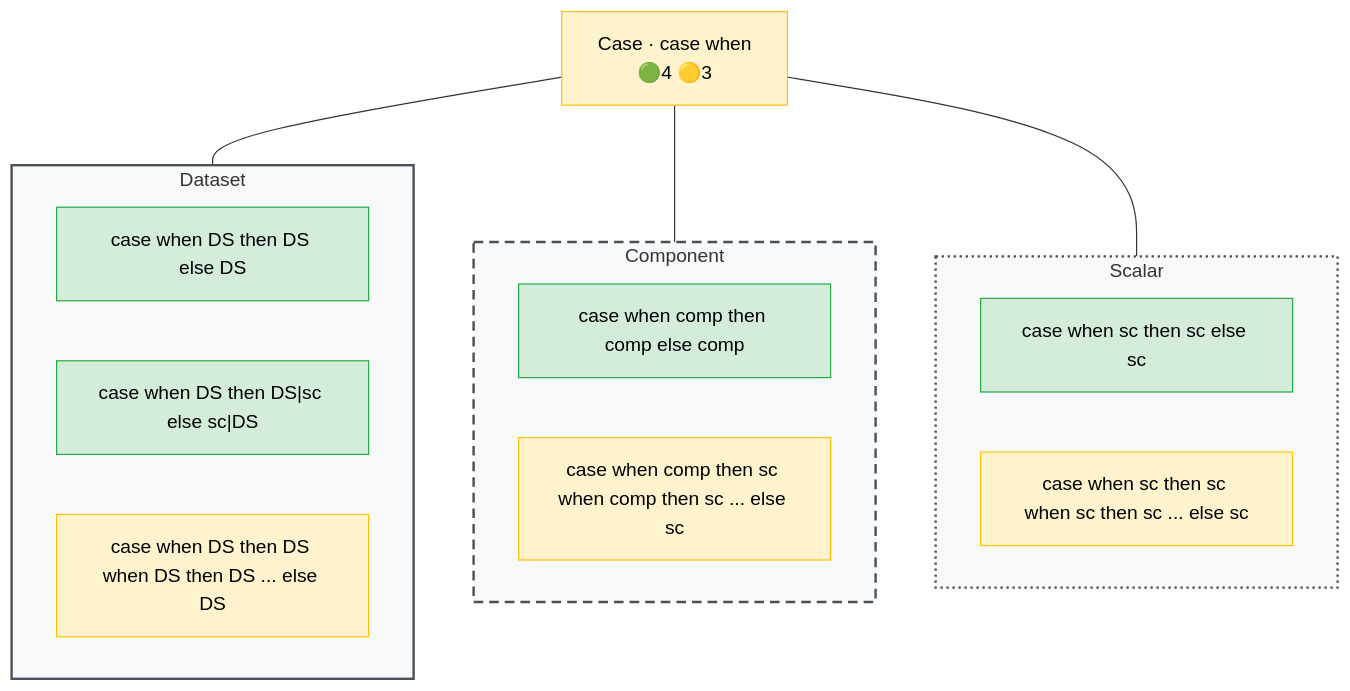
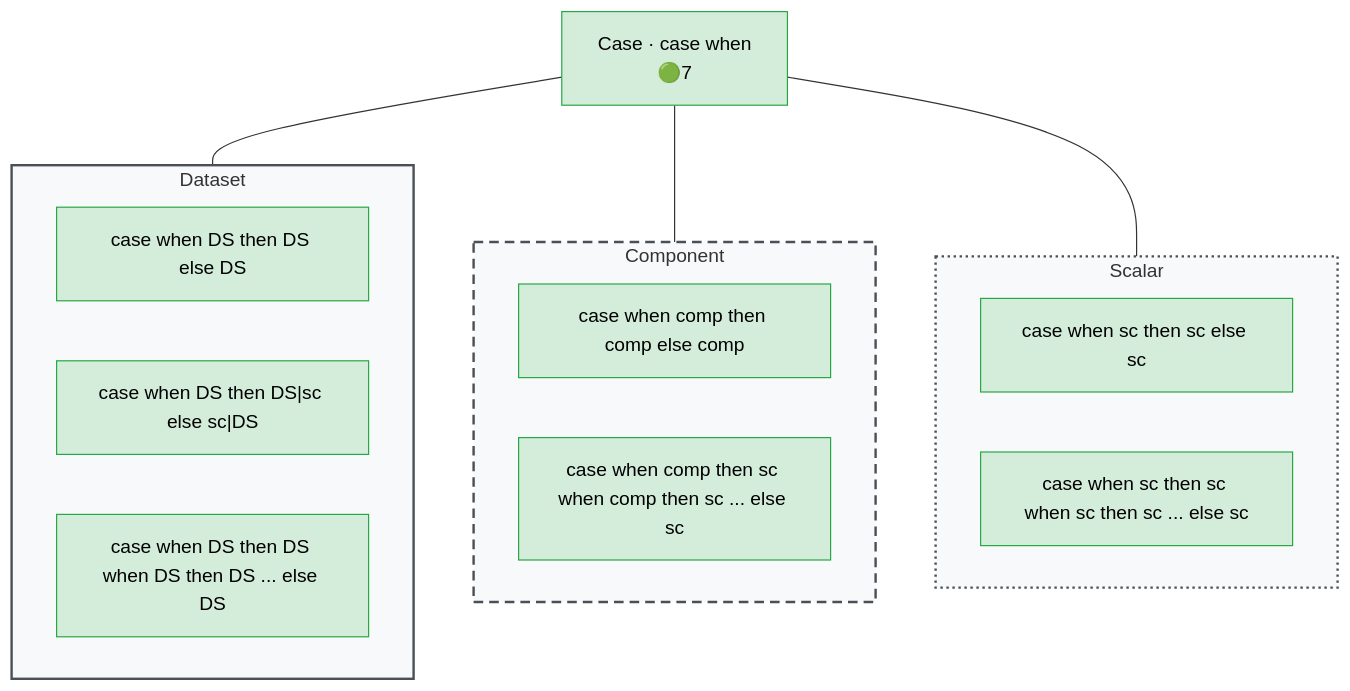
Before and after one commit to Meaningful-Data/vtlengine: the diagram in docs/operator_map/conditional/case.rst, drawn with Mermaid. The commit also changed other lines of this file and 175 other files, not shown here.

```diff
--- a/docs/operator_map/conditional/case.rst
+++ b/docs/operator_map/conditional/case.rst
@@ -28,41 +28,41 @@
 .. mermaid::
    :config: {"flowchart": {"useMaxWidth": false}}
 
    flowchart TB
        classDef ok fill:#d4edda,stroke:#28a745,color:#000
        classDef partial fill:#fff3cd,stroke:#ffc107,color:#000
        classDef refused fill:#d4edda,stroke:#28a745,stroke-width:3px,stroke-dasharray: 2 2,color:#000
        classDef missing fill:#f8d7da,stroke:#dc3545,color:#000
        classDef diverge fill:#cce5ff,stroke:#007bff,color:#000
        classDef block fill:#2b3a4a,stroke:#2b3a4a,color:#fff,font-weight:bold
        classDef ext fill:#fff,stroke:#666,color:#000,stroke-dasharray: 5 5
-       O["Case · case when<br/>🟢4 🟡3"]:::partial
+       O["Case · case when<br/>🟢7"]:::ok
        subgraph G_ds["Dataset"]
            direction LR
            v_ds["case when DS then DS else DS"]:::ok
            v_ds_scalar_branch["case when DS then DS#124;sc else sc#124;DS"]:::ok
-           v_ds_multi_when["case when DS then DS when DS then DS ... else DS"]:::partial
+           v_ds_multi_when["case when DS then DS when DS then DS ... else DS"]:::ok
        end
        subgraph G_comp["Component"]
            direction LR
            v_comp["case when comp then comp else comp"]:::ok
-           v_comp_multi_when["case when comp then sc when comp then sc ... else sc"]:::partial
+           v_comp_multi_when["case when comp then sc when comp then sc ... else sc"]:::ok
        end
        subgraph G_sc["Scalar"]
            direction LR
            v_sc["case when sc then sc else sc"]:::ok
-           v_sc_multi_when["case when sc then sc when sc then sc ... else sc"]:::partial
+           v_sc_multi_when["case when sc then sc when sc then sc ... else sc"]:::ok
        end
        O --- G_ds
        O --- G_comp
        O --- G_sc
        style G_ds fill:#f8f9fa,stroke:#495057,stroke-width:2px
        style G_comp fill:#f8f9fa,stroke:#495057,stroke-width:2px,stroke-dasharray: 8 5
        style G_sc fill:#f8f9fa,stroke:#495057,stroke-width:2px,stroke-dasharray: 2 3
        click v_ds href "#form-ds"
        click v_ds_scalar_branch href "#form-ds-scalar-branch"
        click v_ds_multi_when href "#form-ds-multi-when"
        click v_comp href "#form-comp"
        click v_comp_multi_when href "#form-comp-multi-when"
        click v_sc href "#form-sc"
        click v_sc_multi_when href "#form-sc-multi-when"
```
